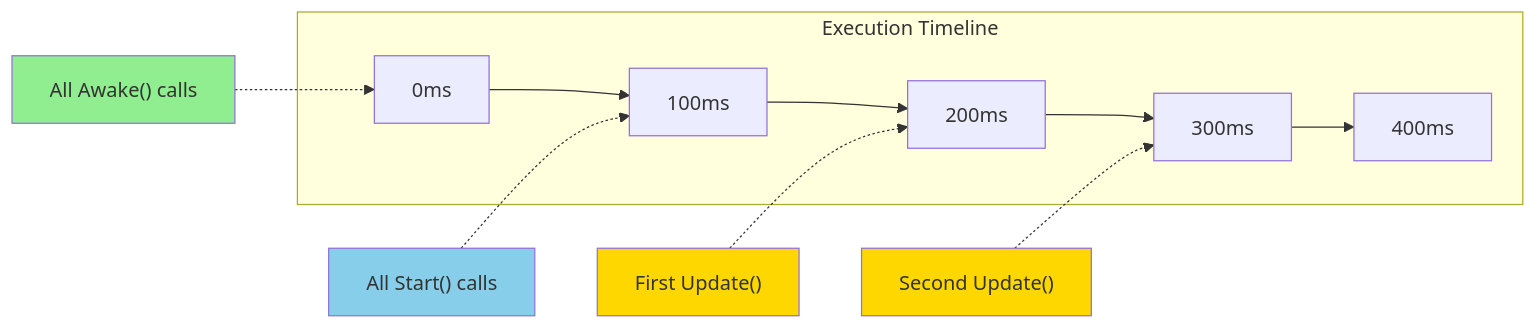
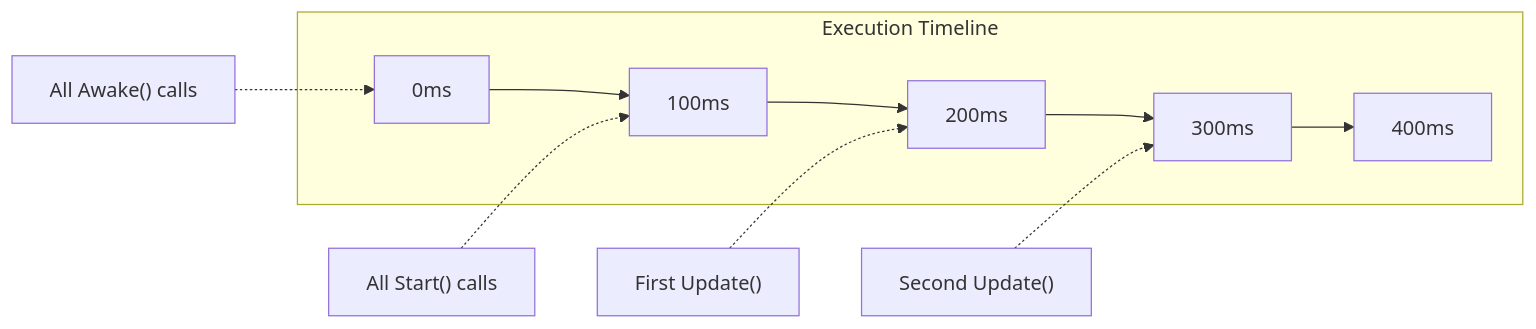
The second of 4 diagrams in docs/best-practices/01-lifecycle-methods.md (wallstop/unity-tips), drawn with Mermaid before and after one commit. The commit also changed other lines of this file and 27 other files, not shown here.

First line of the commit message:
Make Mermaid diagrams theme-aware for GitHub Pages

````diff
--- a/docs/best-practices/01-lifecycle-methods.md
+++ b/docs/best-practices/01-lifecycle-methods.md
@@ -131,16 +125,11 @@
 ```mermaid
 flowchart LR
     subgraph Timeline["Execution Timeline"]
         T0["0ms"] --> T1["100ms"] --> T2["200ms"] --> T3["300ms"] --> T4["400ms"]
     end
 
     A["All Awake() calls"] -.-> T0
     S["All Start() calls"] -.-> T1
     U1["First Update()"] -.-> T2
     U2["Second Update()"] -.-> T3
-
-    style A fill:#90EE90
-    style S fill:#87CEEB
-    style U1 fill:#FFD700
-    style U2 fill:#FFD700
 ```
````
